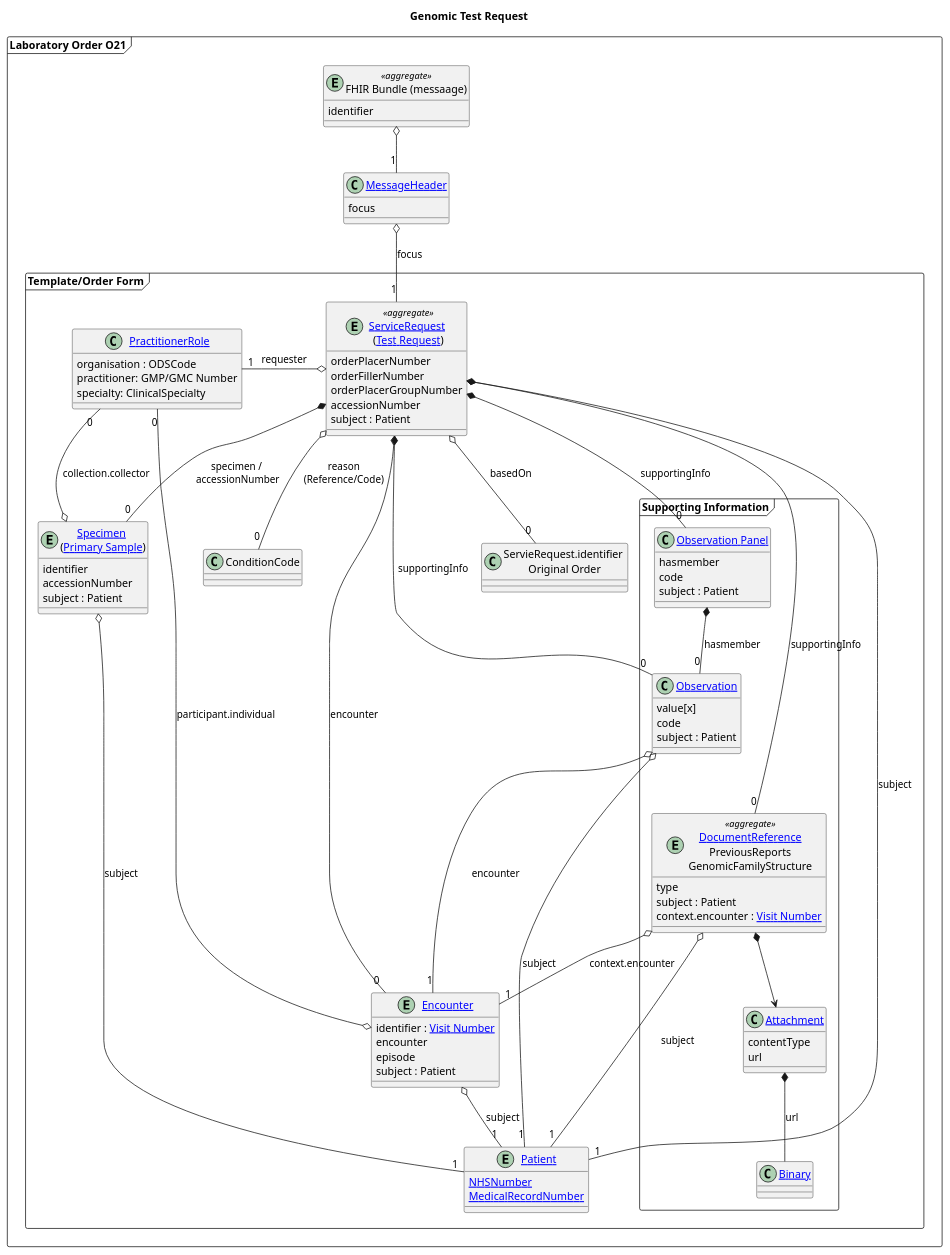
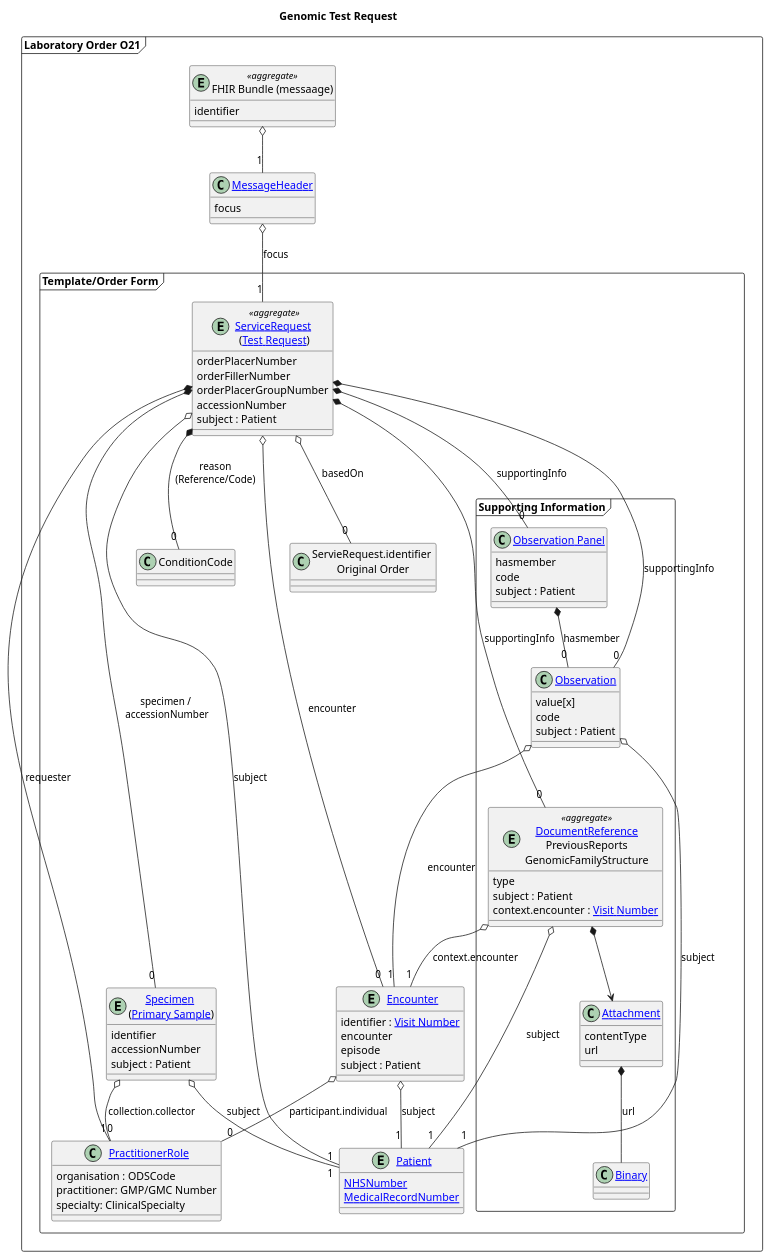
The diagram in input/images-source/orders-model.plantuml (nw-gmsa/nw-gmsa.github.com), drawn with PlantUML before and after one commit.

Commit message:
Added BPMN diagrams for use cases

```diff
--- a/input/images-source/orders-model.plantuml
+++ b/input/images-source/orders-model.plantuml
@@ -1,122 +1,122 @@
   @startuml
 
   skinparam svgDimensionStyle false
 
   title "Genomic Test Request"
 
   frame "Laboratory Order O21" as Message {
   entity "FHIR Bundle (messaage)" as oml <<aggregate>> {
   identifier
   }
 
   class "[[StructureDefinition-MessageHeader.html MessageHeader]]" as MSH {
    focus
   }
 
     frame "Template/Order Form" as Composition {
       entity "[[StructureDefinition-Patient.html Patient]]" as PID {
       [[StructureDefinition-NHSNumber.html NHSNumber]]
       [[StructureDefinition-MedicalRecordNumber.html MedicalRecordNumber]]
       }
 
       entity "[[StructureDefinition-Encounter.html Encounter]]" as PV1 {
       identifier : [[StructureDefinition-VisitNumber.html Visit Number]]
       encounter
       episode
       subject : Patient
       }
 
 
       entity "[[StructureDefinition-ServiceRequest.html ServiceRequest]] \n([[https://simplifier.net/guide/fhir-genomics-implementation-guide/Home/Design/Clinicalheadings#Test-Request Test Request]])" as ORC <<aggregate>> {
       orderPlacerNumber
       orderFillerNumber
       orderPlacerGroupNumber
       accessionNumber
       subject : Patient
       }
 
       entity "[[StructureDefinition-Specimen.html Specimen]] \n([[https://simplifier.net/guide/fhir-genomics-implementation-guide/Home/Design/Clinicalheadings#Primary-Sample Primary Sample]])" as SPM {
       identifier
       accessionNumber
       subject : Patient
       }
 
       class "ConditionCode" as DG1
 
       class "[[StructureDefinition-PractitionerRole.html PractitionerRole]]" as STF {
        organisation : ODSCode
        practitioner: GMP/GMC Number
        specialty: ClinicalSpecialty
       }
 
       class "ServieRequest.identifier \nOriginal Order" as previous {
 
       }
 
 
       frame "Supporting Information" as supportingInfo {
 
 
 
         class "[[StructureDefinition-Observation.html Observation]]" as OBX1 {
         value[x]
         code
         subject : Patient
         }
 
 
         class "[[StructureDefinition-Observation-Panel.html Observation Panel]]" as panel {
         hasmember
         code
         subject : Patient
         }
 
         entity "[[StructureDefinition-DocumentReference.html DocumentReference]]\nPreviousReports\nGenomicFamilyStructure" as documentReference <<aggregate>> {
            type
            subject : Patient
            context.encounter : [[StructureDefinition-VisitNumber.html Visit Number]]
         }
 
         class "[[StructureDefinition-Attachment.html Attachment]]" as attachment {
          contentType
           url
         }
 
         class "[[StructureDefinition-Binary.html Binary]]" as binary
 
       }
 
       documentReference *-d-> attachment
 
       attachment *-- binary : url
 
       panel *-d- "0" OBX1: hasmember
 
       OBX1 -d[hidden]- documentReference
 
    }
   }
 
   oml o-d- "1" MSH
   MSH o-d- "1" ORC: focus
   ORC *-- "0" SPM : specimen /\n accessionNumber
   ORC o-- "1" PID : subject
   ORC o-- "0" PV1 : encounter
-  ORC o-- "0" DG1 : reason\n(Reference/Code)
+  ORC *-- "0" DG1 : reason\n(Reference/Code)
   ORC o-- "0" previous: basedOn
   ORC *-- "0" OBX1: supportingInfo
   ORC *-- "0" panel: supportingInfo
   ORC *-- "0" documentReference: supportingInfo
-  ORC o-l- "1" STF: requester
-  SPM o-u- "0" STF: collection.collector
-  PV1 o-u- "0" STF: participant.individual
+  ORC *-- "1" STF: requester
+  SPM o-- "0" STF: collection.collector
+  PV1 o-- "0" STF: participant.individual
   PV1 o-- "1" PID : subject
   SPM o-- "1" PID : subject
   documentReference o-- "1" PID : subject
   OBX1 o-- "1" PID : subject
 
   documentReference o-- "1" PV1 : context.encounter
 
   OBX1 o-- "1" PV1 : encounter
 
   @enduml
```
